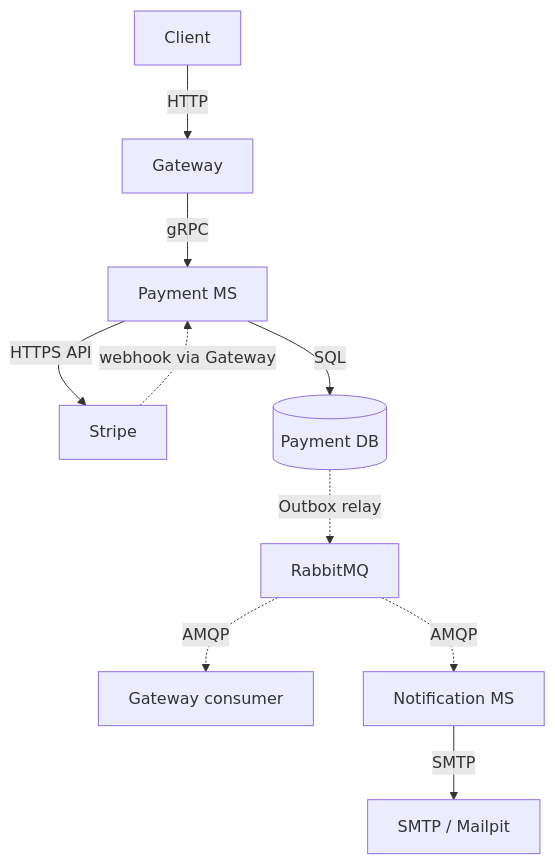
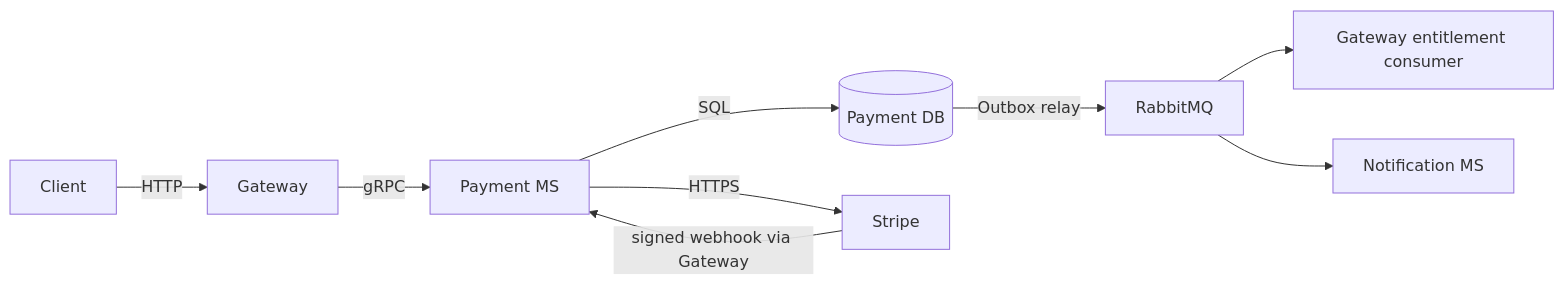
Before and after one commit to redfoxes8/inctagram-backend: the diagram in apps/micro-payment-service/README.md, drawn with Mermaid. The commit also changed other lines of this file and 2 other files, not shown here.

Commit message:
fix(payment): prevent terminal entitlement message loss

````diff
--- a/apps/micro-payment-service/README.md
+++ b/apps/micro-payment-service/README.md
@@ -91,22 +13,11 @@
 ```mermaid
-flowchart TB
-  Client[Client]
-  Gateway[Gateway]
-  Payment[Payment MS]
-  Stripe[Stripe]
-  PaymentDB[(Payment DB)]
-  Rabbit[RabbitMQ]
-  GatewayConsumer[Gateway consumer]
-  Notification[Notification MS]
-  Mailpit[SMTP / Mailpit]
-
+flowchart LR
   Client -->|HTTP| Gateway
-  Gateway -->|gRPC| Payment
-  Payment -->|HTTPS API| Stripe
-  Stripe -.->|webhook via Gateway| Payment
-  Payment -->|SQL| PaymentDB
-  PaymentDB -.->|Outbox relay| Rabbit
-  Rabbit -.->|AMQP| GatewayConsumer
-  Rabbit -.->|AMQP| Notification
-  Notification -->|SMTP| Mailpit
+  Gateway -->|gRPC| Payment[Payment MS]
+  Payment -->|SQL| PaymentDB[(Payment DB)]
+  Payment -->|HTTPS| Stripe
+  Stripe -->|signed webhook via Gateway| Payment
+  PaymentDB -->|Outbox relay| RabbitMQ
+  RabbitMQ --> Entitlement[Gateway entitlement consumer]
+  RabbitMQ --> Notification[Notification MS]
 ```
````
